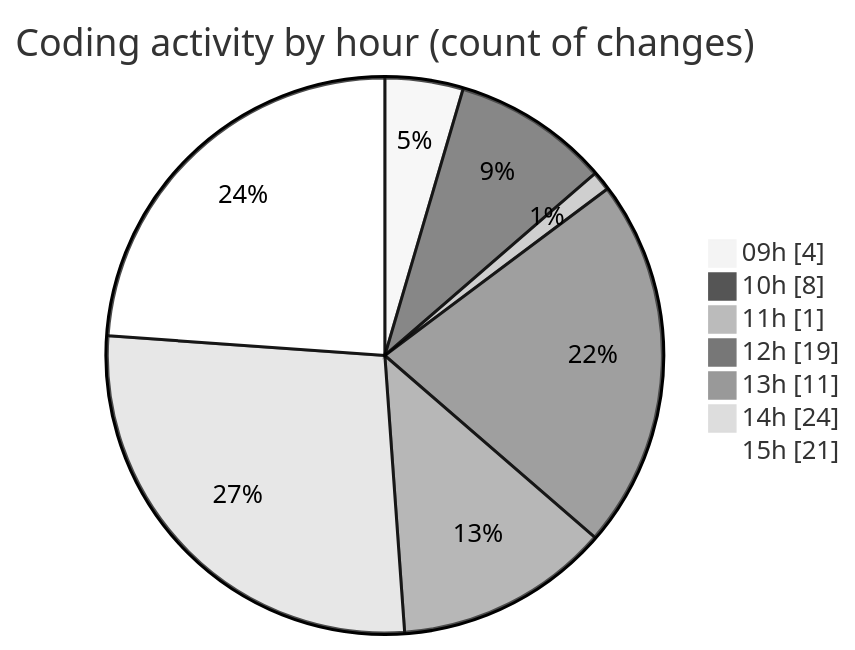
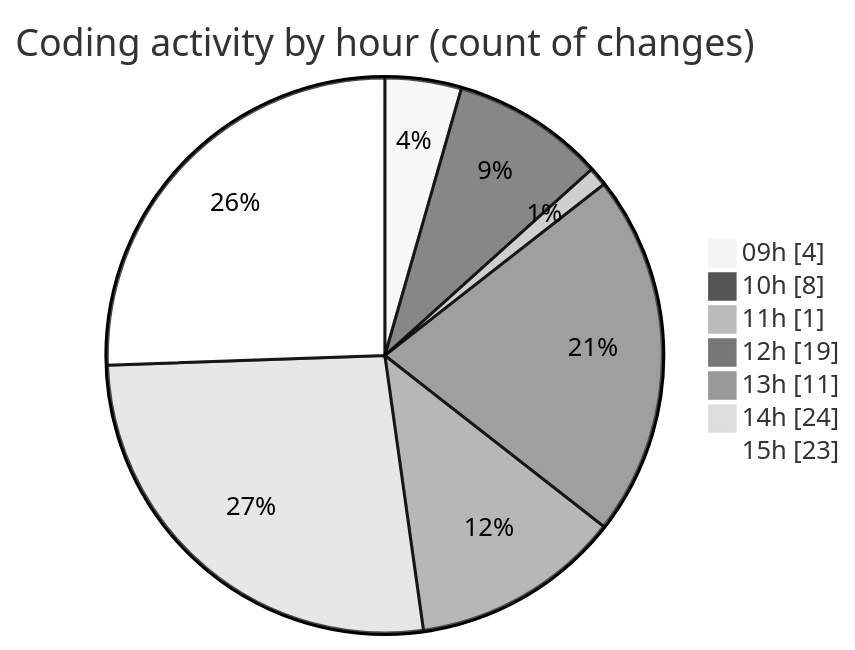
One commit to nxtqubesakshisongat/code-tracking changed the second of 2 diagrams in 2026-02-18/nxtqube_webapp/README.md. Above: the diagram before and after it, drawn with Mermaid (neutral theme). The commit also changed other lines of this file and 1 other file, not shown here.

````diff
--- a/2026-02-18/nxtqube_webapp/README.md
+++ b/2026-02-18/nxtqube_webapp/README.md
@@ -37,11 +37,11 @@
 ```mermaid
 pie showData
 title Coding activity by hour (count of changes)
 "09h" : 4
 "10h" : 8
 "11h" : 1
 "12h" : 19
 "13h" : 11
 "14h" : 24
-"15h" : 21
+"15h" : 23
 ```
````
